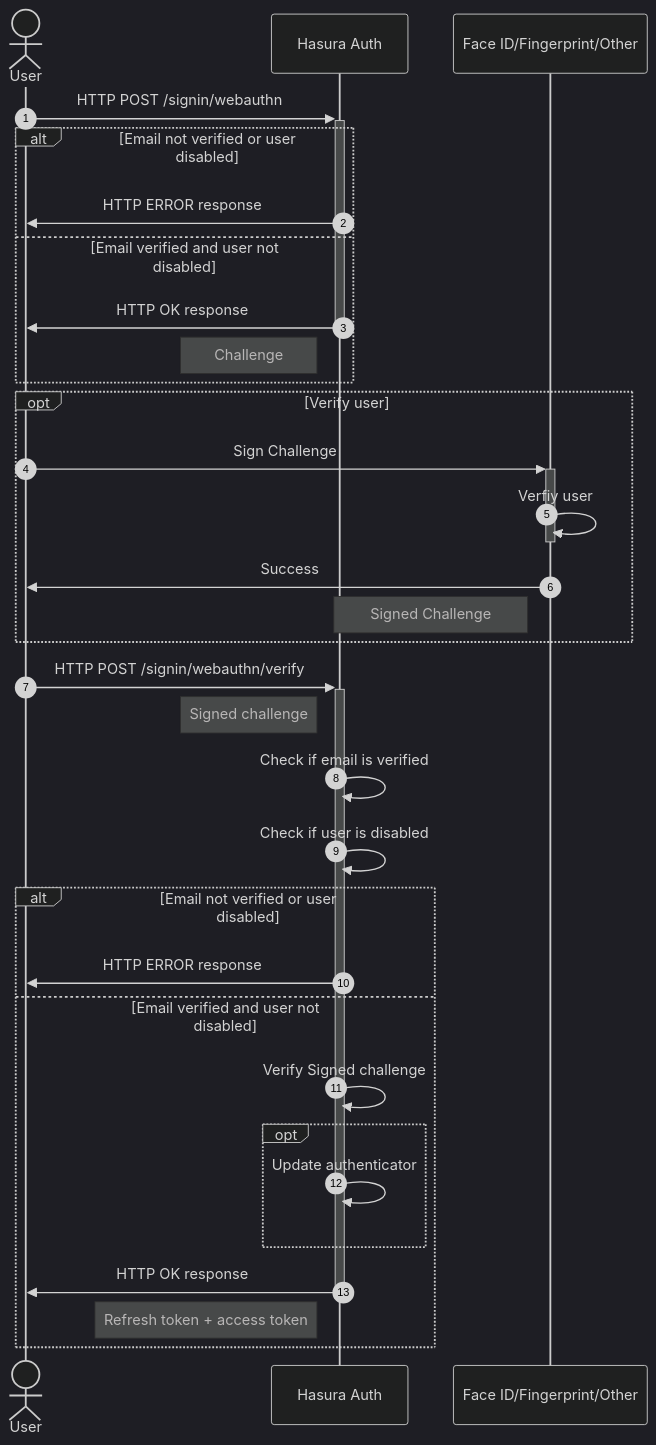
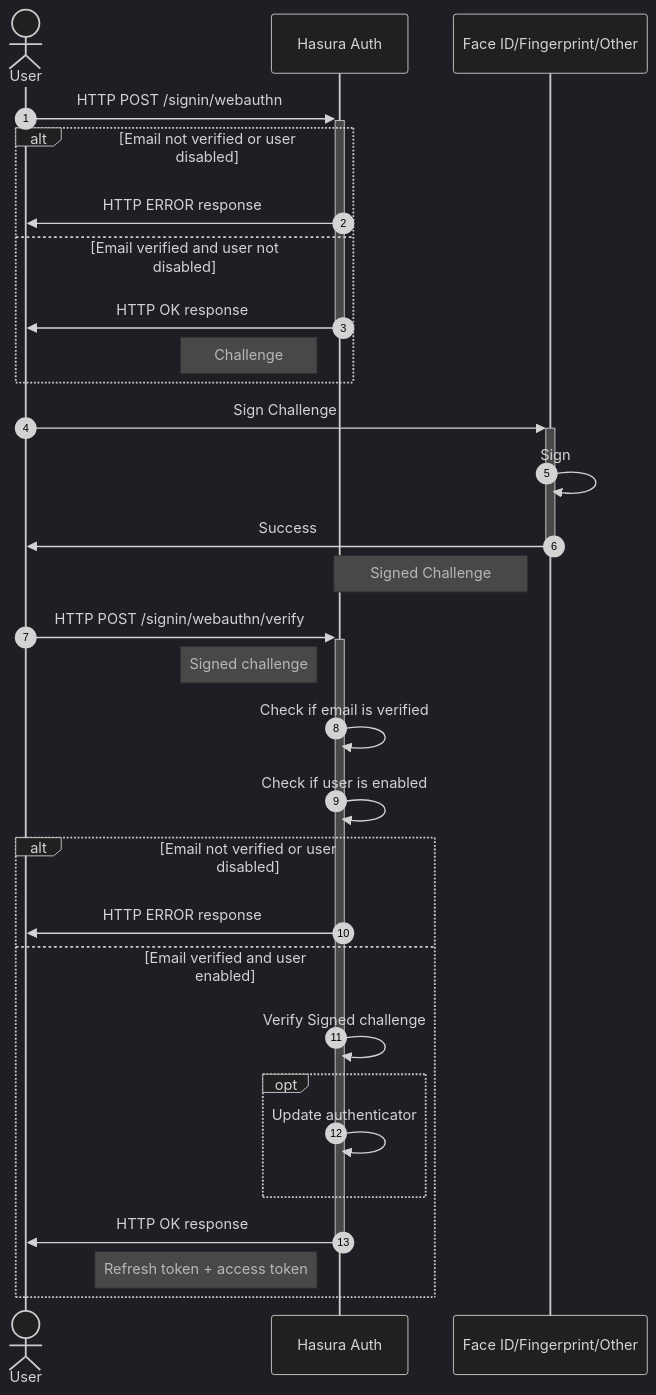
The second of 3 diagrams in docs/workflows/webauthn.md (nhost/nhost), drawn with Mermaid (dark theme) before and after one commit. The commit also changed other lines of this file, not shown here.

Commit message:
docs: add webauthn signup sequence diagram

````diff
--- a/docs/workflows/webauthn.md
+++ b/docs/workflows/webauthn.md
@@ -39,34 +61,32 @@
 ```mermaid
 sequenceDiagram
 	autonumber
 	actor U as User
 	participant A as Hasura Auth
 	participant G as Face ID/Fingerprint/Other
 	U->>+A: HTTP POST /signin/webauthn
     alt Email not verified or user disabled
         A->>U: HTTP ERROR response
     else Email verified and user not disabled
         A->>-U: HTTP OK response
         Note left of A: Challenge
     end
-    opt Verify user
-        U->>+G: Sign Challenge
-        G->>-G: Verfiy user
-        G->>U: Success
-        Note left of G: Signed Challenge
-    end
+    U->>+G: Sign Challenge
+    G->>G: Sign
+    G->>-U: Success
+    Note left of G: Signed Challenge
     U->>+A: HTTP POST /signin/webauthn/verify
     Note left of A: Signed challenge
     A->>A: Check if email is verified
-    A->>A: Check if user is disabled
+    A->>A: Check if user is enabled
     alt Email not verified or user disabled
         A->>U: HTTP ERROR response
-    else Email verified and user not disabled
+    else Email verified and user enabled
         A->>A: Verify Signed challenge
         opt
             A->>A: Update authenticator
         end
         A->>-U: HTTP OK response
         Note left of A: Refresh token + access token
     end
 ```
````
